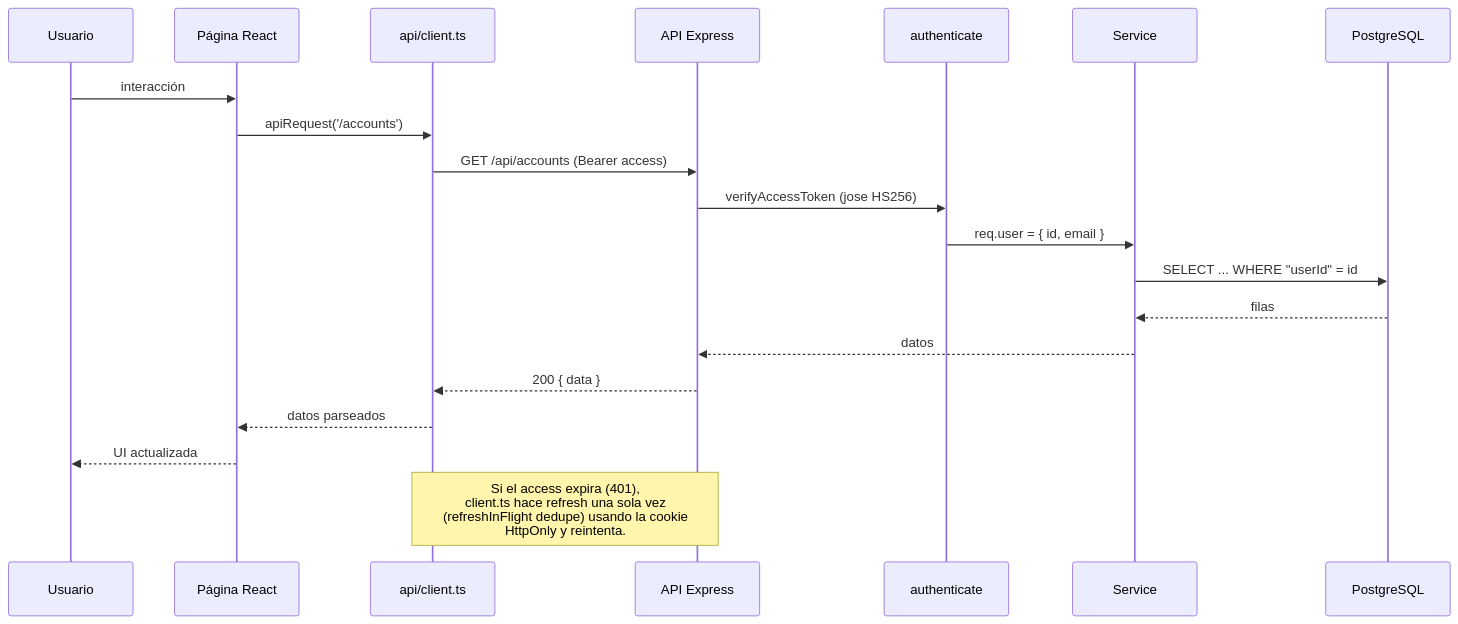
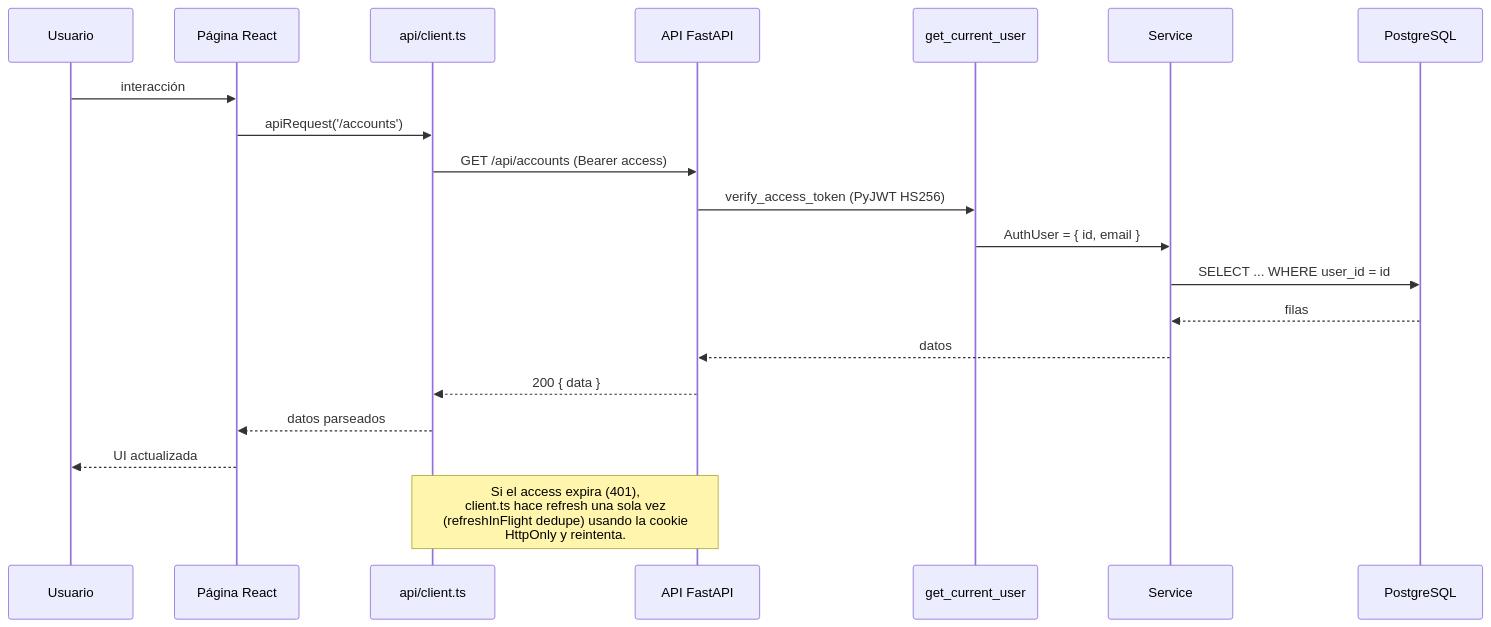
One commit to RobinsonAG1/Aplicacion-finanzas changed the fourth of 5 diagrams in DOCUMENTACION.md. Above: the diagram before and after it, drawn with Mermaid. The commit also changed other lines of this file and 3 other files, not shown here.

Commit message:
FastAPI Etapa 9 - documentacion y cierre

````diff
--- a/DOCUMENTACION.md
+++ b/DOCUMENTACION.md
@@ -172,24 +172,24 @@
 ```mermaid
 sequenceDiagram
   participant U as Usuario
   participant P as Página React
   participant C as api/client.ts
-  participant A as API Express
-  participant H as authenticate
+  participant A as API FastAPI
+  participant H as get_current_user
   participant S as Service
   participant D as PostgreSQL
 
   U->>P: interacción
   P->>C: apiRequest('/accounts')
   C->>A: GET /api/accounts (Bearer access)
-  A->>H: verifyAccessToken (jose HS256)
-  H->>S: req.user = { id, email }
-  S->>D: SELECT ... WHERE "userId" = id
+  A->>H: verify_access_token (PyJWT HS256)
+  H->>S: AuthUser = { id, email }
+  S->>D: SELECT ... WHERE user_id = id
   D-->>S: filas
   S-->>A: datos
   A-->>C: 200 { data }
   C-->>P: datos parseados
   P-->>U: UI actualizada
 
   Note over C,A: Si el access expira (401),<br/>client.ts hace refresh una sola vez<br/>(refreshInFlight dedupe) usando la cookie<br/>HttpOnly y reintenta.
 ```
````
